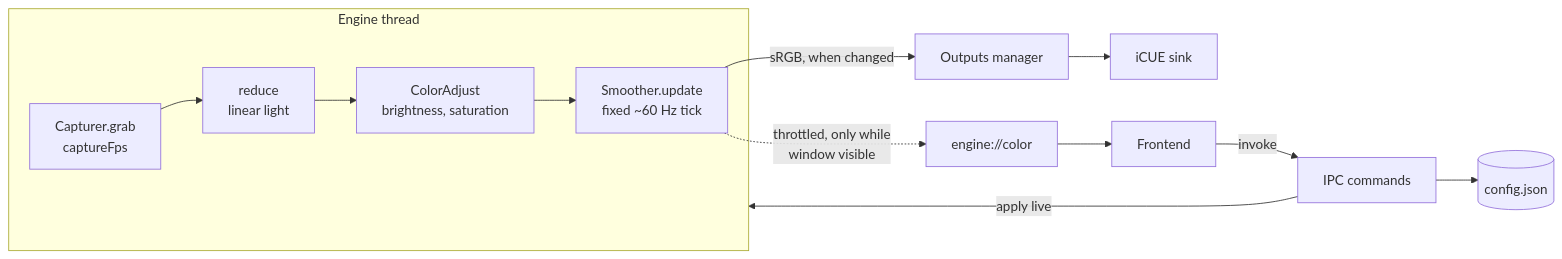
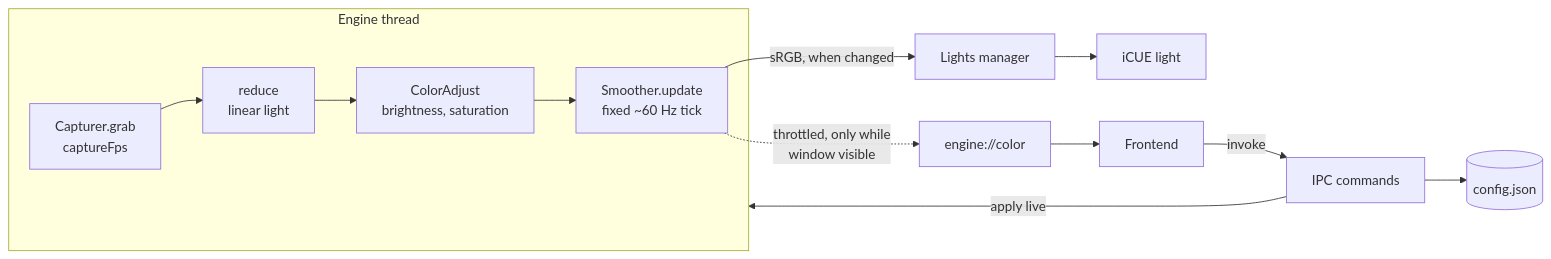
One commit to smolnetim/glowdrift changed the diagram in docs/architecture.md. Above: the diagram before and after it, drawn with Mermaid. The commit also changed other lines of this file and 44 other files, not shown here.

````diff
--- a/docs/architecture.md
+++ b/docs/architecture.md
@@ -23,15 +23,15 @@
 ```mermaid
 flowchart LR
     subgraph engine [Engine thread]
         CAP[Capturer.grab<br/>captureFps] --> RED[reduce<br/>linear light]
         RED --> ADJ[ColorAdjust<br/>brightness, saturation]
         ADJ --> SM[Smoother.update<br/>fixed ~60 Hz tick]
     end
-    SM -->|sRGB, when changed| OUT[Outputs manager]
-    OUT --> ICUE[iCUE sink]
+    SM -->|sRGB, when changed| OUT[Lights manager]
+    OUT --> ICUE[iCUE light]
     SM -.->|throttled, only while<br/>window visible| EVT[engine://color]
     EVT --> UI[Frontend]
     UI -->|invoke| CMD[IPC commands]
     CMD --> CFG[(config.json)]
     CMD -->|apply live| engine
 ```
````
